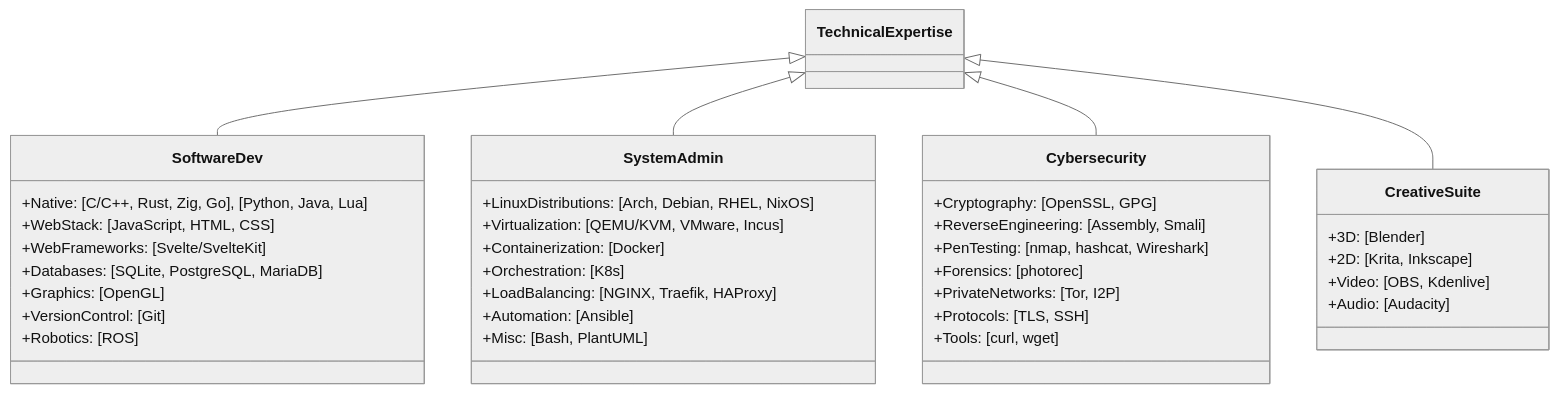
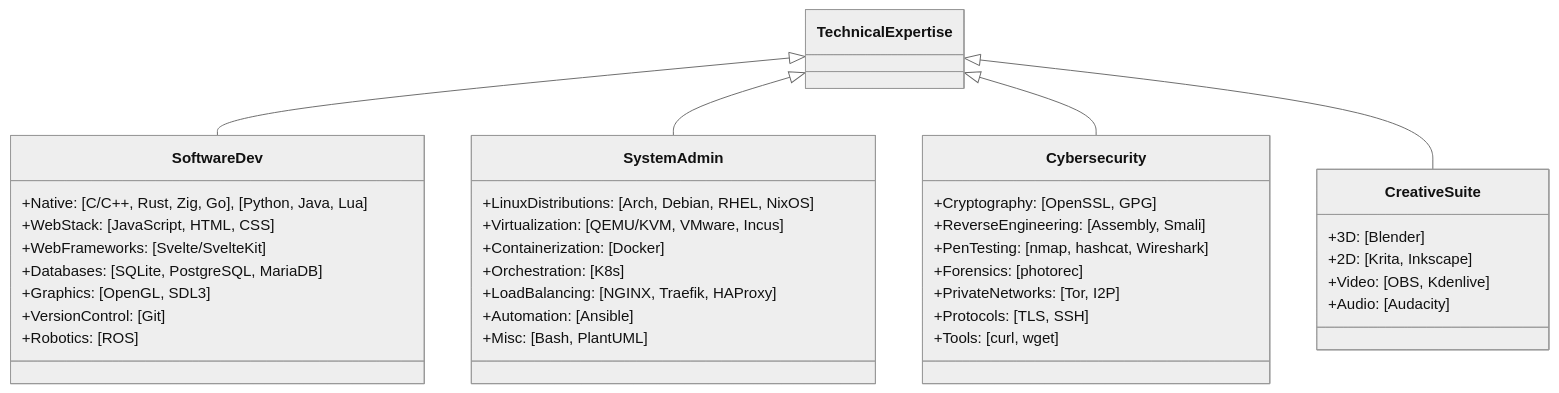
The diagram in src/technical-expertise/diagram.mmd (yuuhikaze/yuuhikaze.github.io), drawn with Mermaid before and after one commit. The commit also changed 6 other files, not shown here.

```diff
--- a/src/technical-expertise/diagram.mmd
+++ b/src/technical-expertise/diagram.mmd
@@ -1,44 +1,44 @@
 %%{init: {'theme': 'neutral'}}%%
 classDiagram
     TechnicalExpertise <|-- SoftwareDev
     TechnicalExpertise <|-- SystemAdmin
     TechnicalExpertise <|-- Cybersecurity
     TechnicalExpertise <|-- CreativeSuite
 
     class SoftwareDev{
         +Native: [C/C++, Rust, Zig, Go], [Python, Java, Lua]
         +WebStack: [JavaScript, HTML, CSS]
         +WebFrameworks: [Svelte/SvelteKit]
         +Databases: [SQLite, PostgreSQL, MariaDB]
-        +Graphics: [OpenGL]
+        +Graphics: [OpenGL, SDL3]
         +VersionControl: [Git]
         +Robotics: [ROS]
     }
 
     class SystemAdmin{
         +LinuxDistributions: [Arch, Debian, RHEL, NixOS]
         +Virtualization: [QEMU/KVM, VMware, Incus]
         +Containerization: [Docker]
         +Orchestration: [K8s]
         +LoadBalancing: [NGINX, Traefik, HAProxy]
         +Automation: [Ansible]
         +Misc: [Bash, PlantUML]
         %% +AndroidTools
     }
 
     class Cybersecurity{
         +Cryptography: [OpenSSL, GPG]
         +ReverseEngineering: [Assembly, Smali]
         +PenTesting: [nmap, hashcat, Wireshark]
         +Forensics: [photorec]
         +PrivateNetworks: [Tor, I2P]
         +Protocols: [TLS, SSH]
         +Tools: [curl, wget]
     }
 
     class CreativeSuite{
         +3D: [Blender]
         +2D: [Krita, Inkscape]
         +Video: [OBS, Kdenlive]
         +Audio: [Audacity]
     }
```
